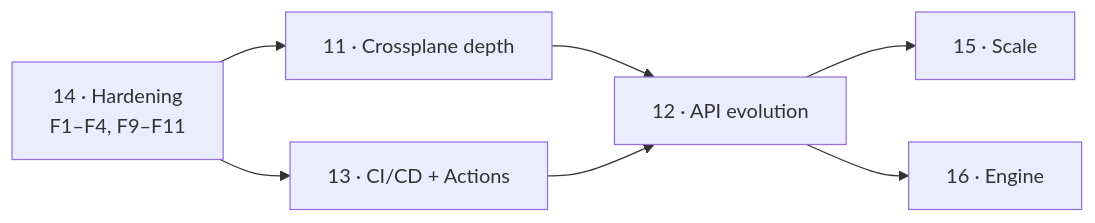
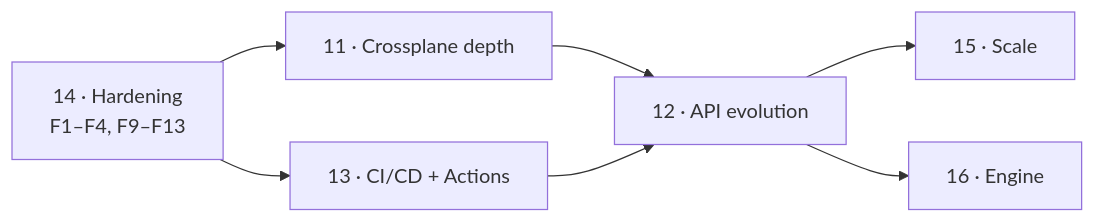
The diagram in docs/proposals/next-phases.md (TeraSky-OSS/declarative-conversion-operator), drawn with Mermaid before and after one commit. The commit also changed other lines of this file and 4 other files, not shown here.

````diff
--- a/docs/proposals/next-phases.md
+++ b/docs/proposals/next-phases.md
@@ -445,9 +612,9 @@
 ```mermaid
 graph LR
-  P14[14 · Hardening<br/>F1–F4, F9–F11] --> P11[11 · Crossplane depth]
+  P14[14 · Hardening<br/>F1–F4, F9–F13] --> P11[11 · Crossplane depth]
   P14 --> P13[13 · CI/CD + Actions]
   P11 --> P12[12 · API evolution]
   P13 --> P12
   P12 --> P15[15 · Scale]
   P12 --> P16[16 · Engine]
 ```
````
